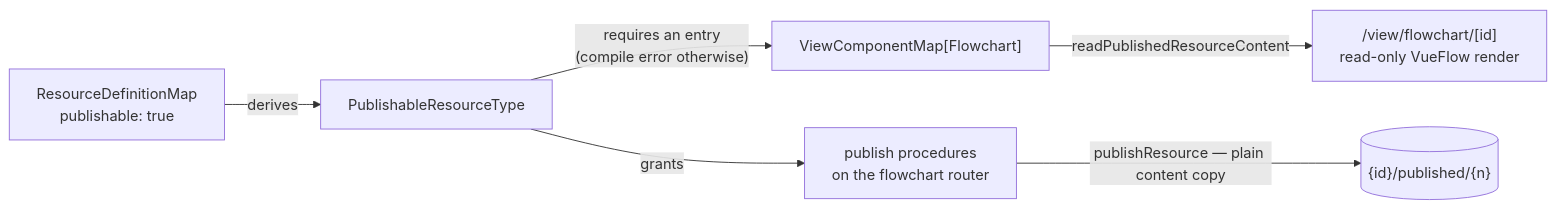
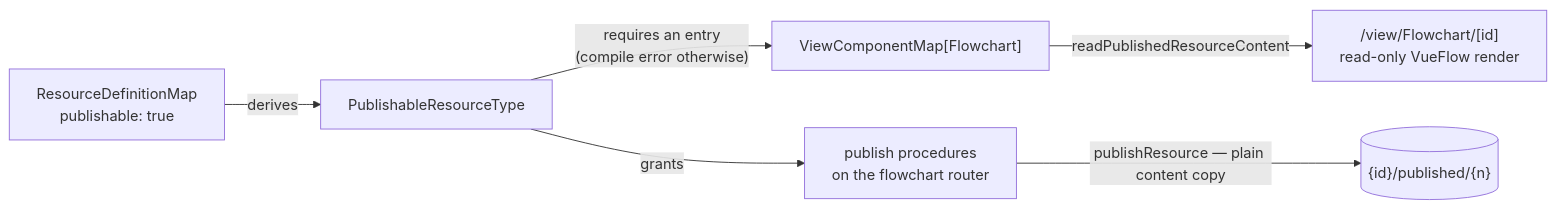
Before and after one commit to Esposter/Esposter: the diagram in packages/app/content/docs/platform/flowchart-publish.md, drawn with Mermaid. The commit also changed other lines of this file and 17 other files, not shown here.

````diff
--- a/packages/app/content/docs/platform/flowchart-publish.md
+++ b/packages/app/content/docs/platform/flowchart-publish.md
@@ -16,8 +16,8 @@
 ```mermaid
 flowchart LR
   DEF["ResourceDefinitionMap<br/>publishable: true"] -->|derives| UNION["PublishableResourceType"]
   UNION -->|"requires an entry<br/>(compile error otherwise)"| VCM["ViewComponentMap[Flowchart]"]
   UNION -->|grants| PROCS["publish procedures<br/>on the flowchart router"]
   PROCS -->|"publishResource — plain content copy"| SNAP[("{id}/published/{n}")]
-  VCM -->|readPublishedResourceContent| VIEW["/view/flowchart/[id]<br/>read-only VueFlow render"]
+  VCM -->|readPublishedResourceContent| VIEW["/view/Flowchart/[id]<br/>read-only VueFlow render"]
 ```
````
